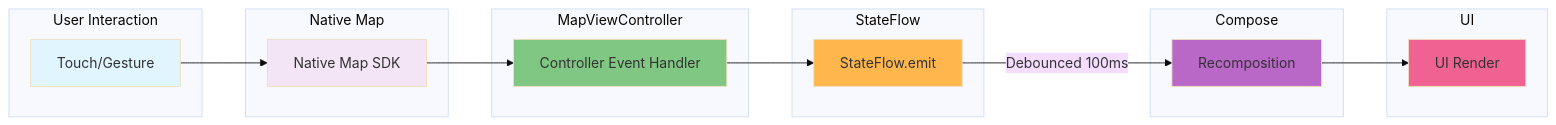
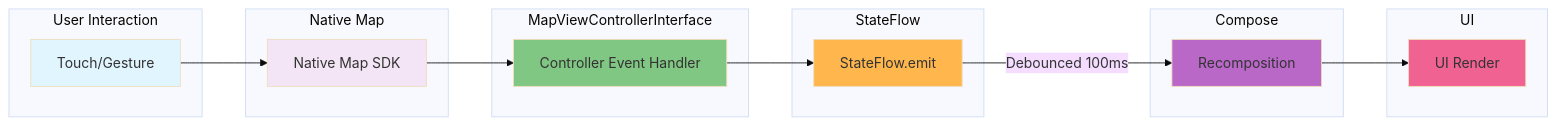
One commit to MapConductor/android-sdk changed the tenth of 11 diagrams in ARCHITECTURE.md. Above: the diagram before and after it, drawn with Mermaid (base theme). The commit also changed other lines of this file and 596 other files, not shown here.

````diff
--- a/ARCHITECTURE.md
+++ b/ARCHITECTURE.md
@@ -822,39 +822,39 @@
 ```mermaid
 graph LR
     subgraph User Interaction
         TOUCH[Touch/Gesture]
     end
 
     subgraph Native Map
         NATIVE[Native Map SDK]
     end
 
-    subgraph MapViewController
+    subgraph MapViewControllerInterface
         CONTROLLER[Controller Event Handler]
     end
 
     subgraph StateFlow
         FLOW[StateFlow.emit]
     end
 
     subgraph Compose
         RECOMP[Recomposition]
     end
 
     subgraph UI
         RENDER[UI Render]
     end
 
     TOUCH --> NATIVE
     NATIVE --> CONTROLLER
     CONTROLLER --> FLOW
     FLOW -->|Debounced 100ms| RECOMP
     RECOMP --> RENDER
 
     style TOUCH fill:#e1f5ff
     style NATIVE fill:#f3e5f5
     style CONTROLLER fill:#81c784
     style FLOW fill:#ffb74d
     style RECOMP fill:#ba68c8
     style RENDER fill:#f06292
 ```
````
